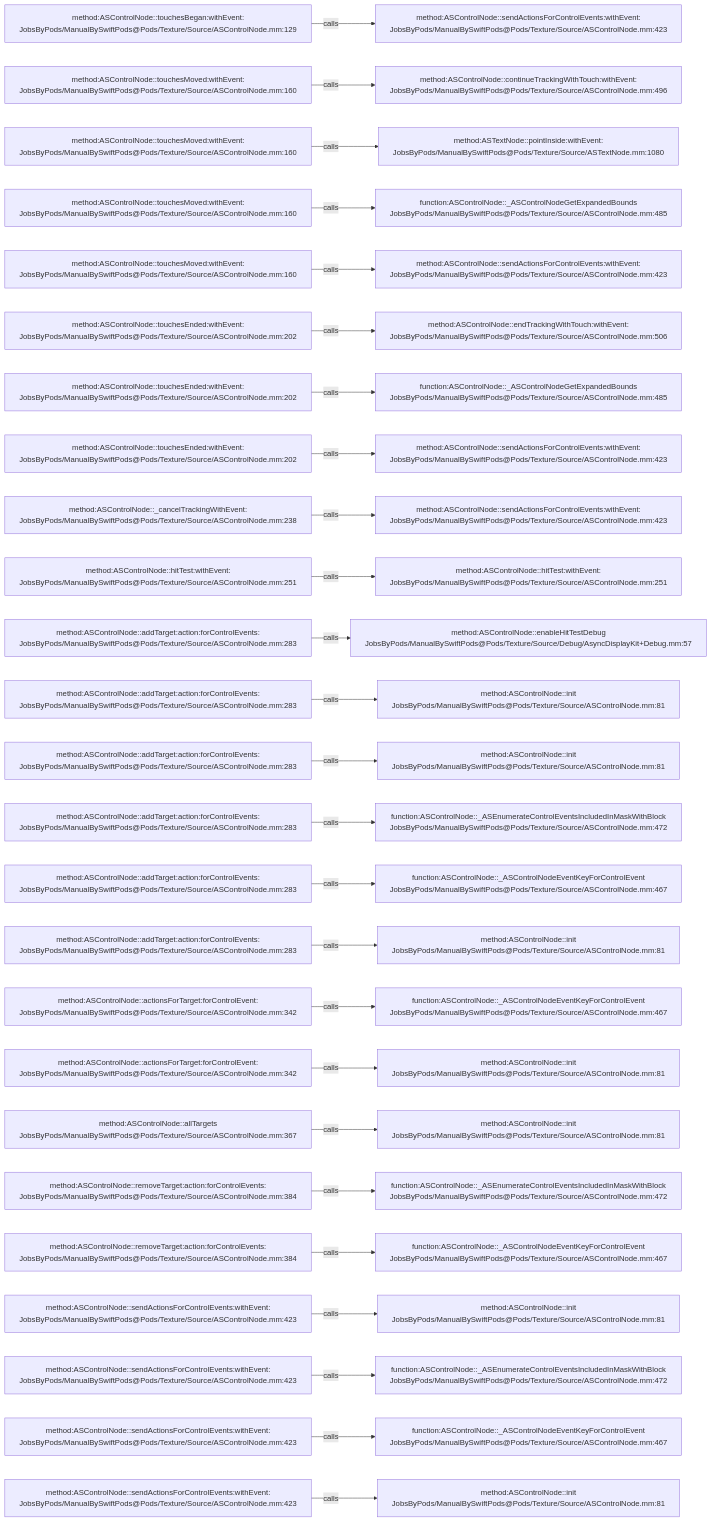
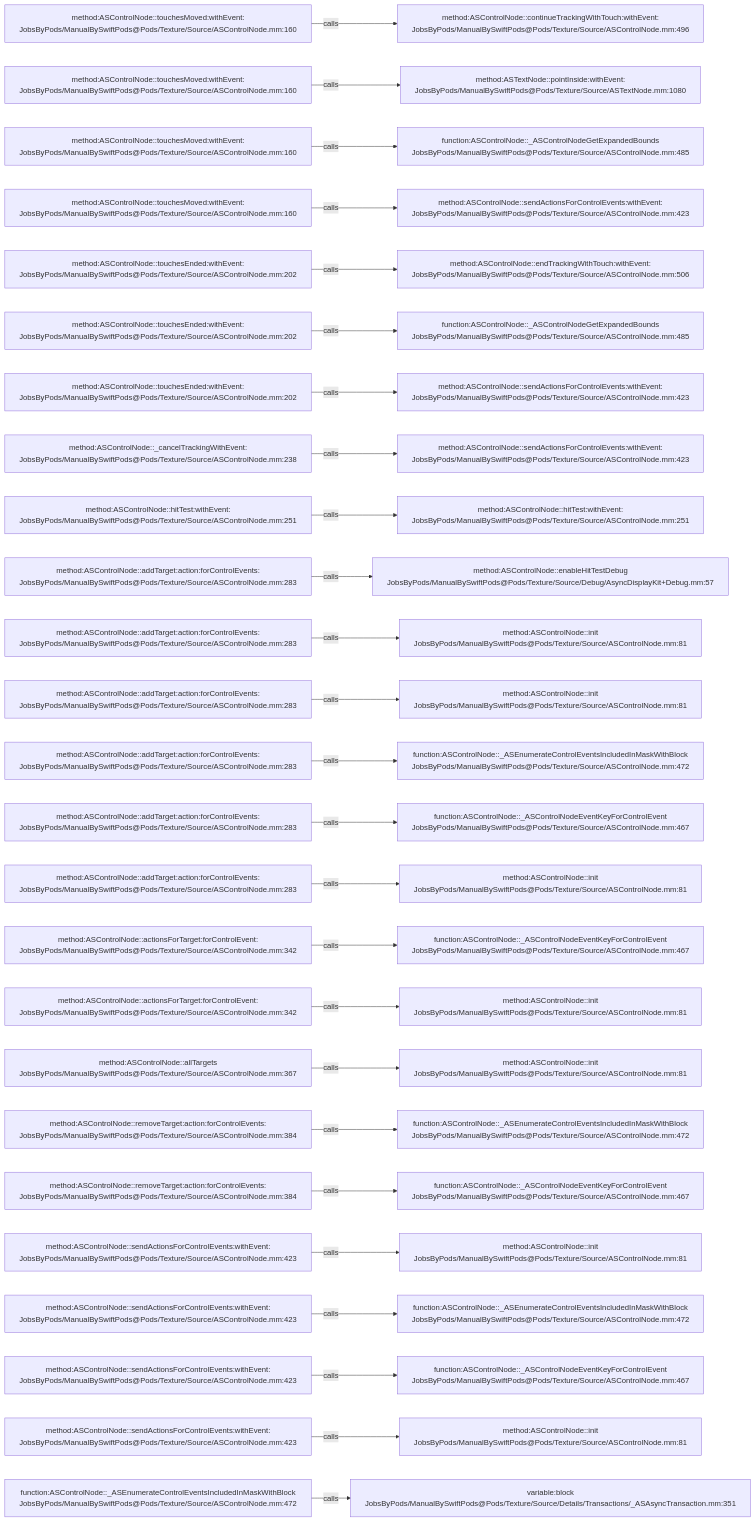
The diagram in .codegraph/codegraph.md/graphs/calls-017.md (JobsKits/JobsSwiftBaseConfigDemo), drawn with Mermaid before and after one commit. The commit also changed 747 other files, not shown here.

````diff
--- a/.codegraph/codegraph.md/graphs/calls-017.md
+++ b/.codegraph/codegraph.md/graphs/calls-017.md
@@ -13,78 +13,78 @@
 ```mermaid
 flowchart LR
-  S1["method:ASControlNode::touchesBegan:withEvent:<br/>JobsByPods/ManualBySwiftPods@Pods/Texture/Source/ASControlNode.mm:129"]
-  T1["method:ASControlNode::sendActionsForControlEvents:withEvent:<br/>JobsByPods/ManualBySwiftPods@Pods/Texture/Source/ASControlNode.mm:423"]
+  S1["method:ASControlNode::touchesMoved:withEvent:<br/>JobsByPods/ManualBySwiftPods@Pods/Texture/Source/ASControlNode.mm:160"]
+  T1["method:ASControlNode::continueTrackingWithTouch:withEvent:<br/>JobsByPods/ManualBySwiftPods@Pods/Texture/Source/ASControlNode.mm:496"]
   S1 -->|calls| T1
   S2["method:ASControlNode::touchesMoved:withEvent:<br/>JobsByPods/ManualBySwiftPods@Pods/Texture/Source/ASControlNode.mm:160"]
-  T2["method:ASControlNode::continueTrackingWithTouch:withEvent:<br/>JobsByPods/ManualBySwiftPods@Pods/Texture/Source/ASControlNode.mm:496"]
+  T2["method:ASTextNode::pointInside:withEvent:<br/>JobsByPods/ManualBySwiftPods@Pods/Texture/Source/ASTextNode.mm:1080"]
   S2 -->|calls| T2
   S3["method:ASControlNode::touchesMoved:withEvent:<br/>JobsByPods/ManualBySwiftPods@Pods/Texture/Source/ASControlNode.mm:160"]
-  T3["method:ASTextNode::pointInside:withEvent:<br/>JobsByPods/ManualBySwiftPods@Pods/Texture/Source/ASTextNode.mm:1080"]
+  T3["function:ASControlNode::_ASControlNodeGetExpandedBounds<br/>JobsByPods/ManualBySwiftPods@Pods/Texture/Source/ASControlNode.mm:485"]
   S3 -->|calls| T3
   S4["method:ASControlNode::touchesMoved:withEvent:<br/>JobsByPods/ManualBySwiftPods@Pods/Texture/Source/ASControlNode.mm:160"]
-  T4["function:ASControlNode::_ASControlNodeGetExpandedBounds<br/>JobsByPods/ManualBySwiftPods@Pods/Texture/Source/ASControlNode.mm:485"]
+  T4["method:ASControlNode::sendActionsForControlEvents:withEvent:<br/>JobsByPods/ManualBySwiftPods@Pods/Texture/Source/ASControlNode.mm:423"]
   S4 -->|calls| T4
-  S5["method:ASControlNode::touchesMoved:withEvent:<br/>JobsByPods/ManualBySwiftPods@Pods/Texture/Source/ASControlNode.mm:160"]
-  T5["method:ASControlNode::sendActionsForControlEvents:withEvent:<br/>JobsByPods/ManualBySwiftPods@Pods/Texture/Source/ASControlNode.mm:423"]
+  S5["method:ASControlNode::touchesEnded:withEvent:<br/>JobsByPods/ManualBySwiftPods@Pods/Texture/Source/ASControlNode.mm:202"]
+  T5["method:ASControlNode::endTrackingWithTouch:withEvent:<br/>JobsByPods/ManualBySwiftPods@Pods/Texture/Source/ASControlNode.mm:506"]
   S5 -->|calls| T5
   S6["method:ASControlNode::touchesEnded:withEvent:<br/>JobsByPods/ManualBySwiftPods@Pods/Texture/Source/ASControlNode.mm:202"]
-  T6["method:ASControlNode::endTrackingWithTouch:withEvent:<br/>JobsByPods/ManualBySwiftPods@Pods/Texture/Source/ASControlNode.mm:506"]
+  T6["function:ASControlNode::_ASControlNodeGetExpandedBounds<br/>JobsByPods/ManualBySwiftPods@Pods/Texture/Source/ASControlNode.mm:485"]
   S6 -->|calls| T6
   S7["method:ASControlNode::touchesEnded:withEvent:<br/>JobsByPods/ManualBySwiftPods@Pods/Texture/Source/ASControlNode.mm:202"]
-  T7["function:ASControlNode::_ASControlNodeGetExpandedBounds<br/>JobsByPods/ManualBySwiftPods@Pods/Texture/Source/ASControlNode.mm:485"]
+  T7["method:ASControlNode::sendActionsForControlEvents:withEvent:<br/>JobsByPods/ManualBySwiftPods@Pods/Texture/Source/ASControlNode.mm:423"]
   S7 -->|calls| T7
-  S8["method:ASControlNode::touchesEnded:withEvent:<br/>JobsByPods/ManualBySwiftPods@Pods/Texture/Source/ASControlNode.mm:202"]
+  S8["method:ASControlNode::_cancelTrackingWithEvent:<br/>JobsByPods/ManualBySwiftPods@Pods/Texture/Source/ASControlNode.mm:238"]
   T8["method:ASControlNode::sendActionsForControlEvents:withEvent:<br/>JobsByPods/ManualBySwiftPods@Pods/Texture/Source/ASControlNode.mm:423"]
   S8 -->|calls| T8
-  S9["method:ASControlNode::_cancelTrackingWithEvent:<br/>JobsByPods/ManualBySwiftPods@Pods/Texture/Source/ASControlNode.mm:238"]
-  T9["method:ASControlNode::sendActionsForControlEvents:withEvent:<br/>JobsByPods/ManualBySwiftPods@Pods/Texture/Source/ASControlNode.mm:423"]
+  S9["method:ASControlNode::hitTest:withEvent:<br/>JobsByPods/ManualBySwiftPods@Pods/Texture/Source/ASControlNode.mm:251"]
+  T9["method:ASControlNode::hitTest:withEvent:<br/>JobsByPods/ManualBySwiftPods@Pods/Texture/Source/ASControlNode.mm:251"]
   S9 -->|calls| T9
-  S10["method:ASControlNode::hitTest:withEvent:<br/>JobsByPods/ManualBySwiftPods@Pods/Texture/Source/ASControlNode.mm:251"]
-  T10["method:ASControlNode::hitTest:withEvent:<br/>JobsByPods/ManualBySwiftPods@Pods/Texture/Source/ASControlNode.mm:251"]
+  S10["method:ASControlNode::addTarget:action:forControlEvents:<br/>JobsByPods/ManualBySwiftPods@Pods/Texture/Source/ASControlNode.mm:283"]
+  T10["method:ASControlNode::enableHitTestDebug<br/>JobsByPods/ManualBySwiftPods@Pods/Texture/Source/Debug/AsyncDisplayKit+Debug.mm:57"]
   S10 -->|calls| T10
   S11["method:ASControlNode::addTarget:action:forControlEvents:<br/>JobsByPods/ManualBySwiftPods@Pods/Texture/Source/ASControlNode.mm:283"]
-  T11["method:ASControlNode::enableHitTestDebug<br/>JobsByPods/ManualBySwiftPods@Pods/Texture/Source/Debug/AsyncDisplayKit+Debug.mm:57"]
+  T11["method:ASControlNode::init<br/>JobsByPods/ManualBySwiftPods@Pods/Texture/Source/ASControlNode.mm:81"]
   S11 -->|calls| T11
   S12["method:ASControlNode::addTarget:action:forControlEvents:<br/>JobsByPods/ManualBySwiftPods@Pods/Texture/Source/ASControlNode.mm:283"]
   T12["method:ASControlNode::init<br/>JobsByPods/ManualBySwiftPods@Pods/Texture/Source/ASControlNode.mm:81"]
   S12 -->|calls| T12
   S13["method:ASControlNode::addTarget:action:forControlEvents:<br/>JobsByPods/ManualBySwiftPods@Pods/Texture/Source/ASControlNode.mm:283"]
-  T13["method:ASControlNode::init<br/>JobsByPods/ManualBySwiftPods@Pods/Texture/Source/ASControlNode.mm:81"]
+  T13["function:ASControlNode::_ASEnumerateControlEventsIncludedInMaskWithBlock<br/>JobsByPods/ManualBySwiftPods@Pods/Texture/Source/ASControlNode.mm:472"]
   S13 -->|calls| T13
   S14["method:ASControlNode::addTarget:action:forControlEvents:<br/>JobsByPods/ManualBySwiftPods@Pods/Texture/Source/ASControlNode.mm:283"]
-  T14["function:ASControlNode::_ASEnumerateControlEventsIncludedInMaskWithBlock<br/>JobsByPods/ManualBySwiftPods@Pods/Texture/Source/ASControlNode.mm:472"]
+  T14["function:ASControlNode::_ASControlNodeEventKeyForControlEvent<br/>JobsByPods/ManualBySwiftPods@Pods/Texture/Source/ASControlNode.mm:467"]
   S14 -->|calls| T14
   S15["method:ASControlNode::addTarget:action:forControlEvents:<br/>JobsByPods/ManualBySwiftPods@Pods/Texture/Source/ASControlNode.mm:283"]
-  T15["function:ASControlNode::_ASControlNodeEventKeyForControlEvent<br/>JobsByPods/ManualBySwiftPods@Pods/Texture/Source/ASControlNode.mm:467"]
+  T15["method:ASControlNode::init<br/>JobsByPods/ManualBySwiftPods@Pods/Texture/Source/ASControlNode.mm:81"]
   S15 -->|calls| T15
-  S16["method:ASControlNode::addTarget:action:forControlEvents:<br/>JobsByPods/ManualBySwiftPods@Pods/Texture/Source/ASControlNode.mm:283"]
-  T16["method:ASControlNode::init<br/>JobsByPods/ManualBySwiftPods@Pods/Texture/Source/ASControlNode.mm:81"]
+  S16["method:ASControlNode::actionsForTarget:forControlEvent:<br/>JobsByPods/ManualBySwiftPods@Pods/Texture/Source/ASControlNode.mm:342"]
+  T16["function:ASControlNode::_ASControlNodeEventKeyForControlEvent<br/>JobsByPods/ManualBySwiftPods@Pods/Texture/Source/ASControlNode.mm:467"]
   S16 -->|calls| T16
   S17["method:ASControlNode::actionsForTarget:forControlEvent:<br/>JobsByPods/ManualBySwiftPods@Pods/Texture/Source/ASControlNode.mm:342"]
-  T17["function:ASControlNode::_ASControlNodeEventKeyForControlEvent<br/>JobsByPods/ManualBySwiftPods@Pods/Texture/Source/ASControlNode.mm:467"]
+  T17["method:ASControlNode::init<br/>JobsByPods/ManualBySwiftPods@Pods/Texture/Source/ASControlNode.mm:81"]
   S17 -->|calls| T17
-  S18["method:ASControlNode::actionsForTarget:forControlEvent:<br/>JobsByPods/ManualBySwiftPods@Pods/Texture/Source/ASControlNode.mm:342"]
+  S18["method:ASControlNode::allTargets<br/>JobsByPods/ManualBySwiftPods@Pods/Texture/Source/ASControlNode.mm:367"]
   T18["method:ASControlNode::init<br/>JobsByPods/ManualBySwiftPods@Pods/Texture/Source/ASControlNode.mm:81"]
   S18 -->|calls| T18
-  S19["method:ASControlNode::allTargets<br/>JobsByPods/ManualBySwiftPods@Pods/Texture/Source/ASControlNode.mm:367"]
-  T19["method:ASControlNode::init<br/>JobsByPods/ManualBySwiftPods@Pods/Texture/Source/ASControlNode.mm:81"]
+  S19["method:ASControlNode::removeTarget:action:forControlEvents:<br/>JobsByPods/ManualBySwiftPods@Pods/Texture/Source/ASControlNode.mm:384"]
+  T19["function:ASControlNode::_ASEnumerateControlEventsIncludedInMaskWithBlock<br/>JobsByPods/ManualBySwiftPods@Pods/Texture/Source/ASControlNode.mm:472"]
   S19 -->|calls| T19
   S20["method:ASControlNode::removeTarget:action:forControlEvents:<br/>JobsByPods/ManualBySwiftPods@Pods/Texture/Source/ASControlNode.mm:384"]
-  T20["function:ASControlNode::_ASEnumerateControlEventsIncludedInMaskWithBlock<br/>JobsByPods/ManualBySwiftPods@Pods/Texture/Source/ASControlNode.mm:472"]
+  T20["function:ASControlNode::_ASControlNodeEventKeyForControlEvent<br/>JobsByPods/ManualBySwiftPods@Pods/Texture/Source/ASControlNode.mm:467"]
   S20 -->|calls| T20
-  S21["method:ASControlNode::removeTarget:action:forControlEvents:<br/>JobsByPods/ManualBySwiftPods@Pods/Texture/Source/ASControlNode.mm:384"]
-  T21["function:ASControlNode::_ASControlNodeEventKeyForControlEvent<br/>JobsByPods/ManualBySwiftPods@Pods/Texture/Source/ASControlNode.mm:467"]
+  S21["method:ASControlNode::sendActionsForControlEvents:withEvent:<br/>JobsByPods/ManualBySwiftPods@Pods/Texture/Source/ASControlNode.mm:423"]
+  T21["method:ASControlNode::init<br/>JobsByPods/ManualBySwiftPods@Pods/Texture/Source/ASControlNode.mm:81"]
   S21 -->|calls| T21
   S22["method:ASControlNode::sendActionsForControlEvents:withEvent:<br/>JobsByPods/ManualBySwiftPods@Pods/Texture/Source/ASControlNode.mm:423"]
-  T22["method:ASControlNode::init<br/>JobsByPods/ManualBySwiftPods@Pods/Texture/Source/ASControlNode.mm:81"]
+  T22["function:ASControlNode::_ASEnumerateControlEventsIncludedInMaskWithBlock<br/>JobsByPods/ManualBySwiftPods@Pods/Texture/Source/ASControlNode.mm:472"]
   S22 -->|calls| T22
   S23["method:ASControlNode::sendActionsForControlEvents:withEvent:<br/>JobsByPods/ManualBySwiftPods@Pods/Texture/Source/ASControlNode.mm:423"]
-  T23["function:ASControlNode::_ASEnumerateControlEventsIncludedInMaskWithBlock<br/>JobsByPods/ManualBySwiftPods@Pods/Texture/Source/ASControlNode.mm:472"]
+  T23["function:ASControlNode::_ASControlNodeEventKeyForControlEvent<br/>JobsByPods/ManualBySwiftPods@Pods/Texture/Source/ASControlNode.mm:467"]
   S23 -->|calls| T23
   S24["method:ASControlNode::sendActionsForControlEvents:withEvent:<br/>JobsByPods/ManualBySwiftPods@Pods/Texture/Source/ASControlNode.mm:423"]
-  T24["function:ASControlNode::_ASControlNodeEventKeyForControlEvent<br/>JobsByPods/ManualBySwiftPods@Pods/Texture/Source/ASControlNode.mm:467"]
+  T24["method:ASControlNode::init<br/>JobsByPods/ManualBySwiftPods@Pods/Texture/Source/ASControlNode.mm:81"]
   S24 -->|calls| T24
-  S25["method:ASControlNode::sendActionsForControlEvents:withEvent:<br/>JobsByPods/ManualBySwiftPods@Pods/Texture/Source/ASControlNode.mm:423"]
-  T25["method:ASControlNode::init<br/>JobsByPods/ManualBySwiftPods@Pods/Texture/Source/ASControlNode.mm:81"]
+  S25["function:ASControlNode::_ASEnumerateControlEventsIncludedInMaskWithBlock<br/>JobsByPods/ManualBySwiftPods@Pods/Texture/Source/ASControlNode.mm:472"]
+  T25["variable:block<br/>JobsByPods/ManualBySwiftPods@Pods/Texture/Source/Details/Transactions/_ASAsyncTransaction.mm:351"]
   S25 -->|calls| T25
 ```
````
